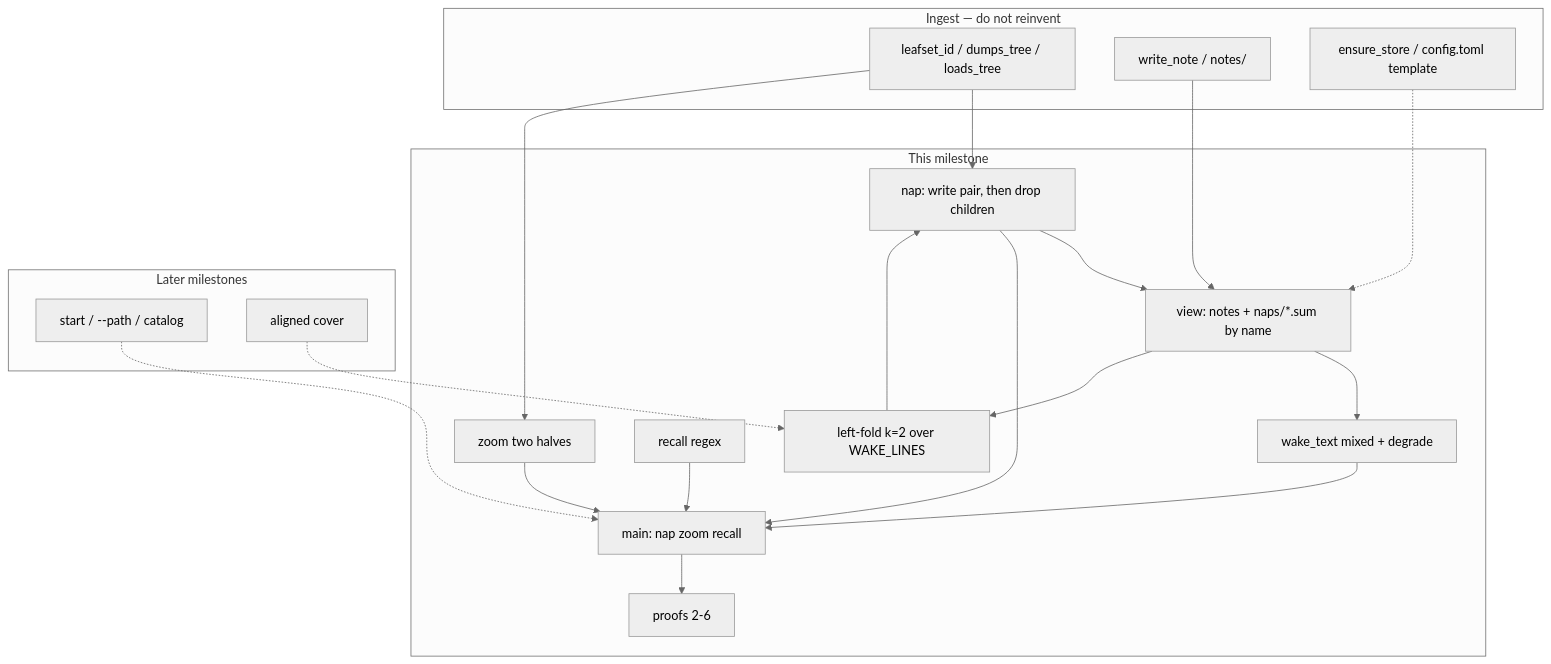
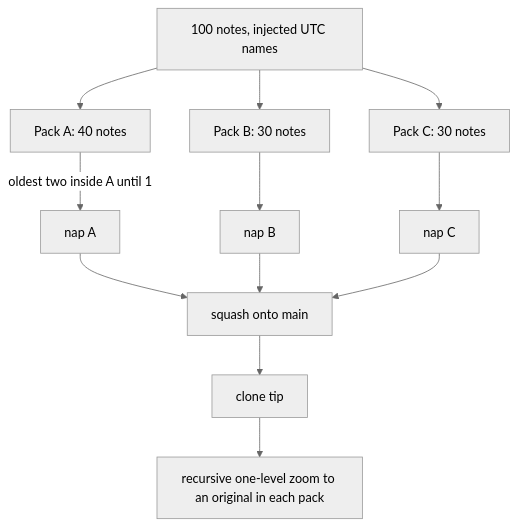
Before and after one commit to Texarkanine/SumMem: the third of 3 diagrams in memory-bank/active/tasks.md, drawn with Mermaid (neutral theme). The commit also changed other lines of this file and 3 other files, not shown here.

````diff
--- a/memory-bank/active/tasks.md
+++ b/memory-bank/active/tasks.md
@@ -15,37 +49,14 @@
 ```mermaid
 graph TD
-    subgraph frozen [Ingest — do not reinvent]
-        Codec["leafset_id / dumps_tree / loads_tree"]
-        Notes["write_note / notes/"]
-        Boot["ensure_store / config.toml template"]
-    end
-    subgraph thisMs [This milestone]
-        View["view: notes + naps/*.sum by name"]
-        Nap["nap: write pair, then drop children"]
-        Wake["wake_text mixed + degrade"]
-        Zoom["zoom two halves"]
-        Recall["recall regex"]
-        Fold["left-fold k=2 over WAKE_LINES"]
-        CLI["main: nap zoom recall"]
-        Proofs["proofs 2-6"]
-    end
-    subgraph later [Later milestones]
-        Scopes["start / --path / catalog"]
-        Cover["aligned cover"]
-    end
-    Codec --> Nap
-    Codec --> Zoom
-    Notes --> View
-    Nap --> View
-    View --> Wake
-    View --> Fold
-    Fold --> Nap
-    Wake --> CLI
-    Nap --> CLI
-    Zoom --> CLI
-    Recall --> CLI
-    CLI --> Proofs
-    Boot -.-> View
-    Scopes -.-> CLI
-    Cover -.-> Fold
+    Notes["100 notes, injected UTC names"] --> A["Pack A: 40 notes"]
+    Notes --> B["Pack B: 30 notes"]
+    Notes --> C["Pack C: 30 notes"]
+    A -->|"oldest two inside A until 1"| NA[nap A]
+    B --> NB[nap B]
+    C --> NC[nap C]
+    NA --> Squash["squash onto main"]
+    NB --> Squash
+    NC --> Squash
+    Squash --> Clone["clone tip"]
+    Clone --> Z["recursive one-level zoom to an original in each pack"]
 ```
````
